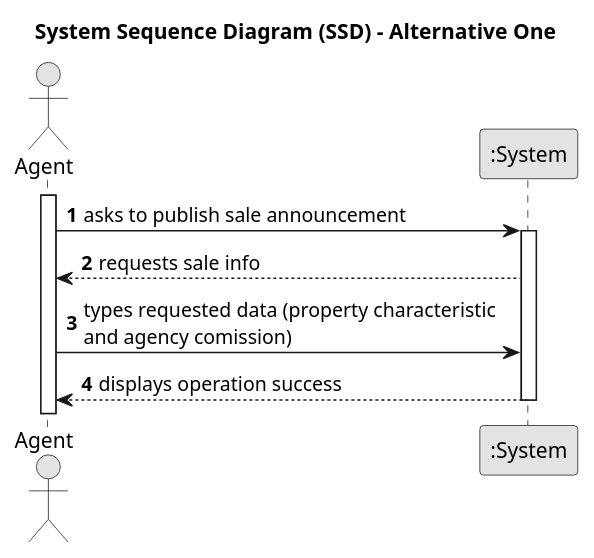
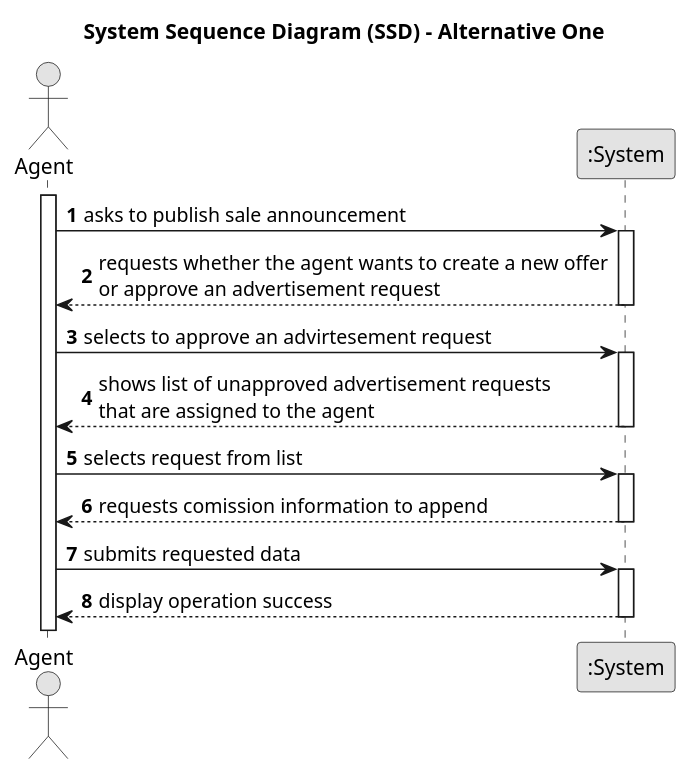
The diagram in docs/sprintA/us002/01.requirements-engineering/puml/us002-system-sequence-diagram-alternative-one.puml (PEDROMOREIRA45/lei-23-s2-1dg-g31), drawn with PlantUML before and after one commit. The commit also changed 10 other files, not shown here.

```diff
--- a/docs/sprintA/us002/01.requirements-engineering/puml/us002-system-sequence-diagram-alternative-one.puml
+++ b/docs/sprintA/us002/01.requirements-engineering/puml/us002-system-sequence-diagram-alternative-one.puml
@@ -1,25 +1,35 @@
 @startuml
 skinparam monochrome true
 skinparam packageStyle rectangle
 skinparam shadowing false
 
 title System Sequence Diagram (SSD) - Alternative One
 
 autonumber
 
 actor "Agent" as Agent
 participant ":System" as System
 
 activate Agent
 
     Agent -> System : asks to publish sale announcement
     activate System 
+        System --> Agent : requests whether the agent wants to create a new offer\nor approve an advertisement request
+    deactivate System
 
-        System --> Agent : requests sale info
-
-        Agent -> System : types requested data (property characteristic\nand agency comission)
-
-        System --> Agent : displays operation success
+    Agent -> System : selects to approve an advirtesement request
+    activate System 
+        System --> Agent : shows list of unapproved advertisement requests\nthat are assigned to the agent
+    deactivate System
+    
+    Agent -> System : selects request from list
+    activate System 
+        System --> Agent : requests comission information to append
+    deactivate System
+    
+    Agent -> System : submits requested data
+    activate System 
+        System --> Agent : display operation success
     deactivate System
 
 @enduml
```
